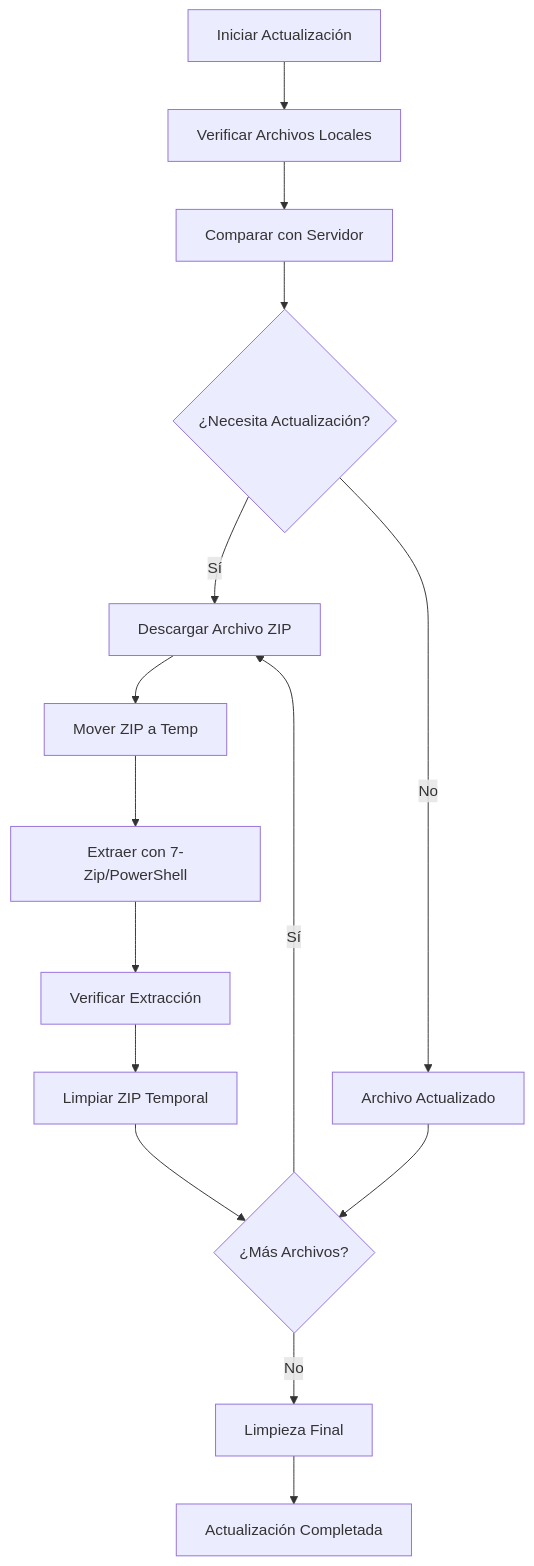
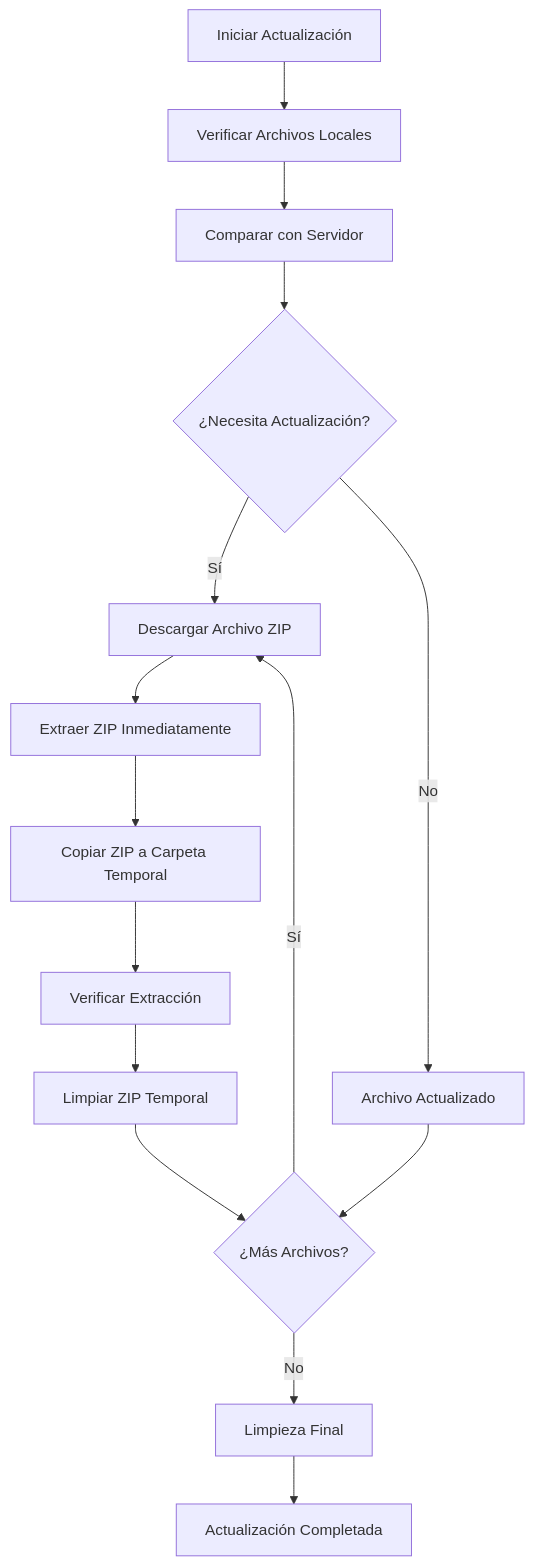
Before and after one commit to Jeep12/game_launcher_l2: the diagram in README.md, drawn with Mermaid. The commit also changed other lines of this file and 242 other files, not shown here.

````diff
--- a/README.md
+++ b/README.md
@@ -222,17 +259,17 @@
 ```mermaid
 graph TD
     A[Iniciar Actualización] --> B[Verificar Archivos Locales]
     B --> C[Comparar con Servidor]
     C --> D{¿Necesita Actualización?}
     D -->|Sí| E[Descargar Archivo ZIP]
     D -->|No| F[Archivo Actualizado]
-    E --> G[Mover ZIP a Temp]
-    G --> H[Extraer con 7-Zip/PowerShell]
+    E --> G[Extraer ZIP Inmediatamente]
+    G --> H[Copiar ZIP a Carpeta Temporal]
     H --> I[Verificar Extracción]
     I --> J[Limpiar ZIP Temporal]
     J --> K{¿Más Archivos?}
     K -->|Sí| E
     K -->|No| L[Limpieza Final]
     L --> M[Actualización Completada]
     F --> K
 ```
````
